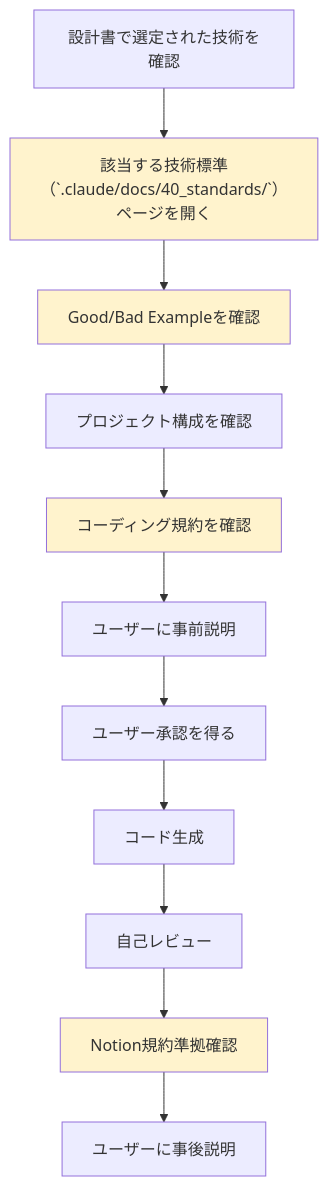
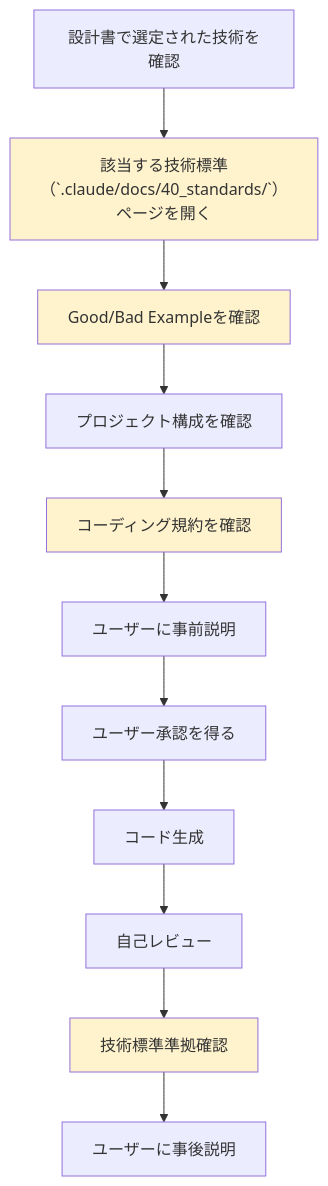
The diagram in .claude/docs/10_facilitation/2.4_実装フェーズ/2.4.3_技術標準適用チェックリスト.md (k-tanaka-522/aidev), drawn with Mermaid before and after one commit. The commit also changed other lines of this file and 21 other files, not shown here.

````diff
--- a/.claude/docs/10_facilitation/2.4_実装フェーズ/2.4.3_技術標準適用チェックリスト.md
+++ b/.claude/docs/10_facilitation/2.4_実装フェーズ/2.4.3_技術標準適用チェックリスト.md
@@ -15,18 +15,18 @@
 ```mermaid
 flowchart TB
     A[設計書で選定された技術を確認] --> B[該当する技術標準（`.claude/docs/40_standards/`）ページを開く]
     B --> C[Good/Bad Exampleを確認]
     C --> D[プロジェクト構成を確認]
     D --> E[コーディング規約を確認]
     E --> F[ユーザーに事前説明]
     F --> G[ユーザー承認を得る]
     G --> H[コード生成]
     H --> I[自己レビュー]
-    I --> J[Notion規約準拠確認]
+    I --> J[技術標準準拠確認]
     J --> K[ユーザーに事後説明]
 
     style B fill:#fff3cd
     style C fill:#fff3cd
     style E fill:#fff3cd
     style J fill:#fff3cd
 ```
````
